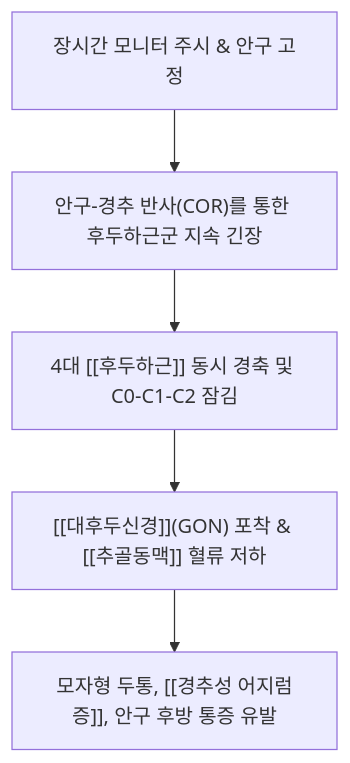
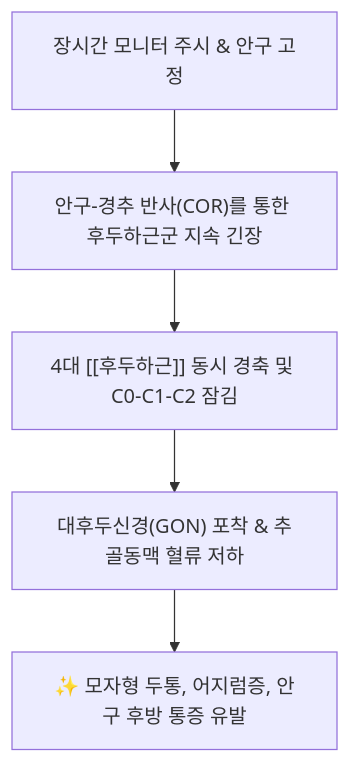
One commit to simbio11/simbio-digital-garden2 changed the first of 2 diagrams in content/1. 근골격계 공부/근육/(2) 경부/후두하근.md. Above: the diagram before and after it, drawn with Mermaid. The commit also changed other lines of this file and 36 other files, not shown here.

````diff
--- a/content/1. 근골격계 공부/근육/(2) 경부/후두하근.md
+++ b/content/1. 근골격계 공부/근육/(2) 경부/후두하근.md
@@ -71,7 +40,7 @@
 ```mermaid
 graph TD
     VisualEyeStrain["장시간 모니터 주시 & 안구 고정"] --> COR_Overload["안구-경추 반사(COR)를 통한 후두하근군 지속 긴장"]
     COR_Overload --> SuboccipitalSpasm["4대 [[후두하근]] 동시 경축 및 C0-C1-C2 잠김"]
-    SuboccipitalSpasm --> NeuroVascularTrap["[[대후두신경]](GON) 포착 & [[추골동맥]] 혈류 저하"]
-    NeuroVascularTrap --> IntractableCephalea["모자형 두통, [[경추성 어지럼증]], 안구 후방 통증 유발"]
+    SuboccipitalSpasm --> NeuroVascularTrap["대후두신경(GON) 포착 & 추골동맥 혈류 저하"]
+    NeuroVascularTrap --> IntractableCephalea["✨ 모자형 두통, 어지럼증, 안구 후방 통증 유발"]
 ```
````
